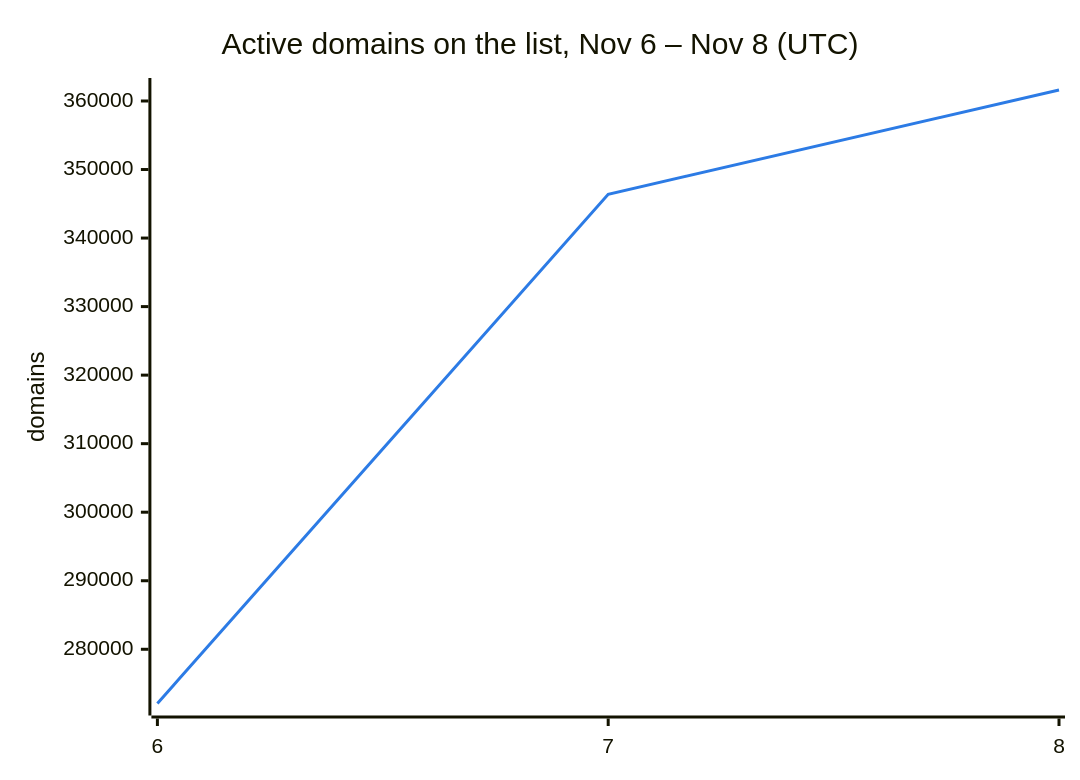
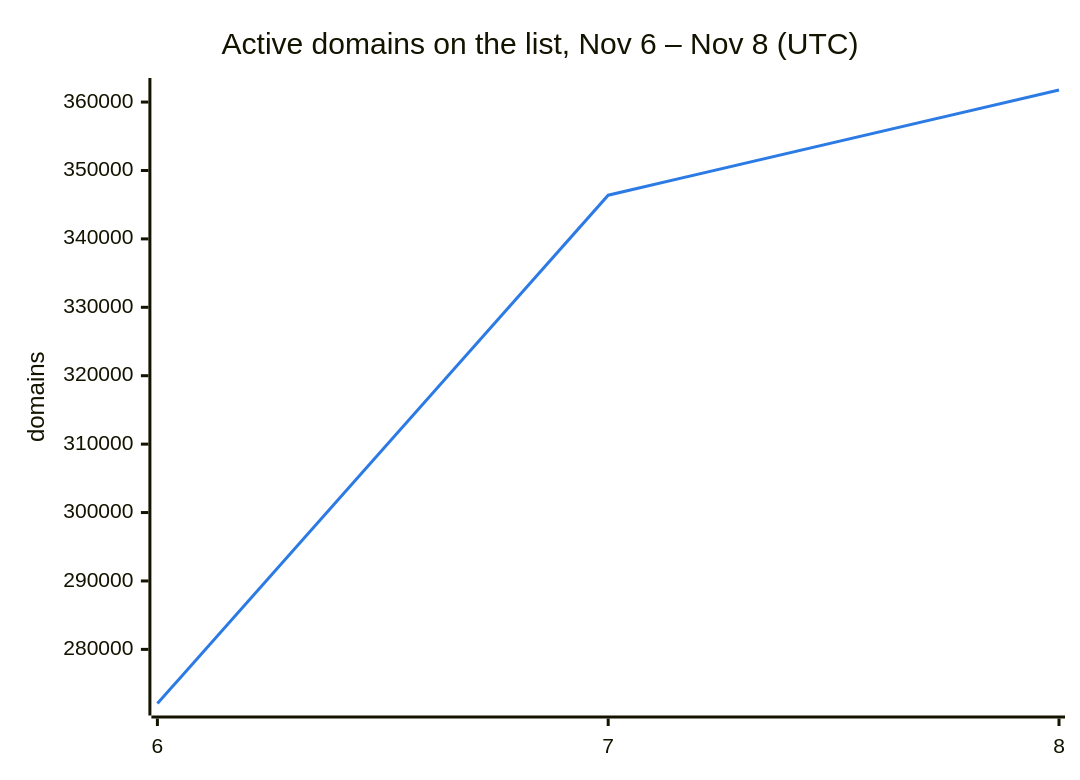
Before and after one commit to DNSBunker/CTI: the second of 3 diagrams in README.md, drawn with Mermaid. The commit also changed other lines of this file and 3 other files, not shown here.

````diff
--- a/README.md
+++ b/README.md
@@ -38,8 +38,8 @@
 ```mermaid
 %%{init: {"themeVariables": {"xyChart": {"plotColorPalette": "#2c7be5"}}}}%%
 xychart-beta
     title "Active domains on the list, Nov 6 – Nov 8 (UTC)"
     x-axis ["6", "7", "8"]
     y-axis "domains"
-    line [272088, 346388, 361604]
+    line [272088, 346388, 361763]
 ```
````
